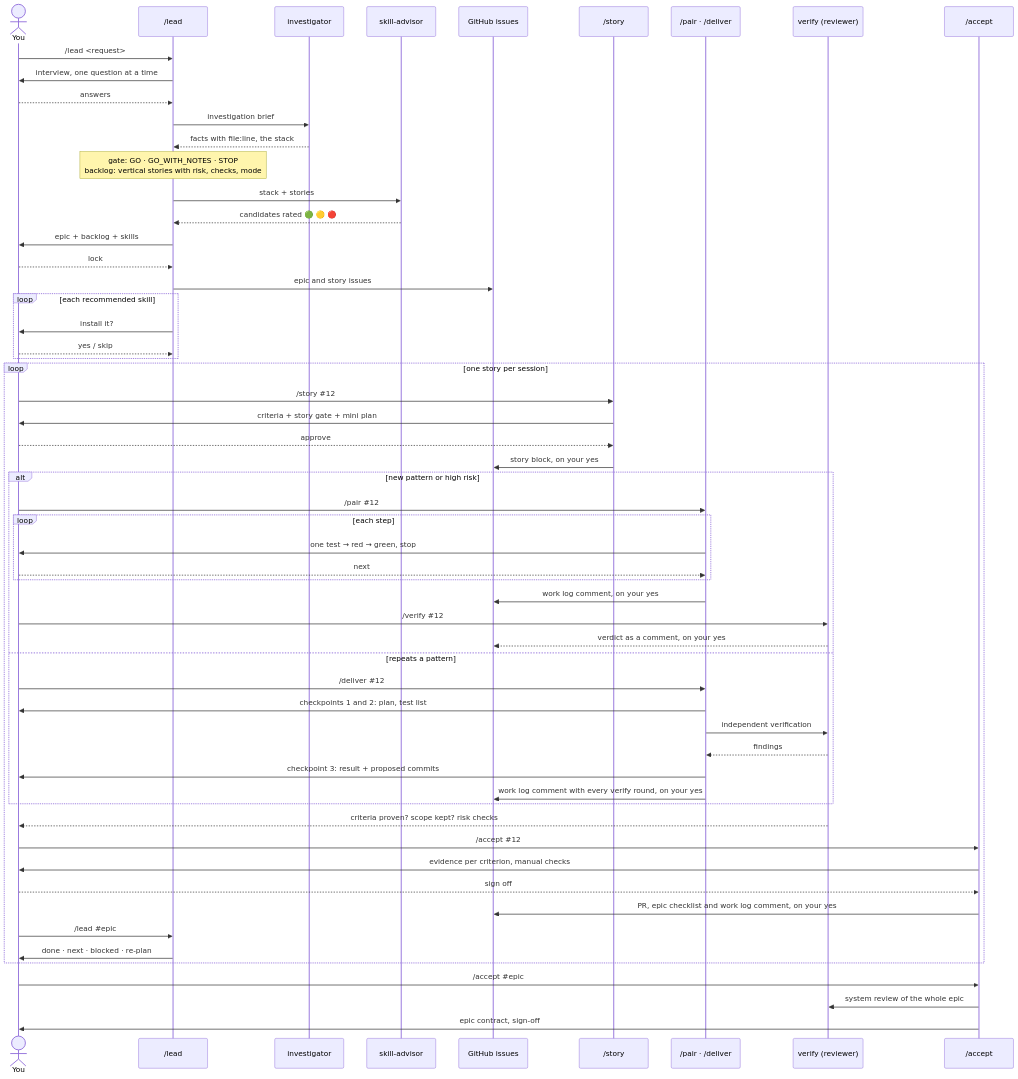
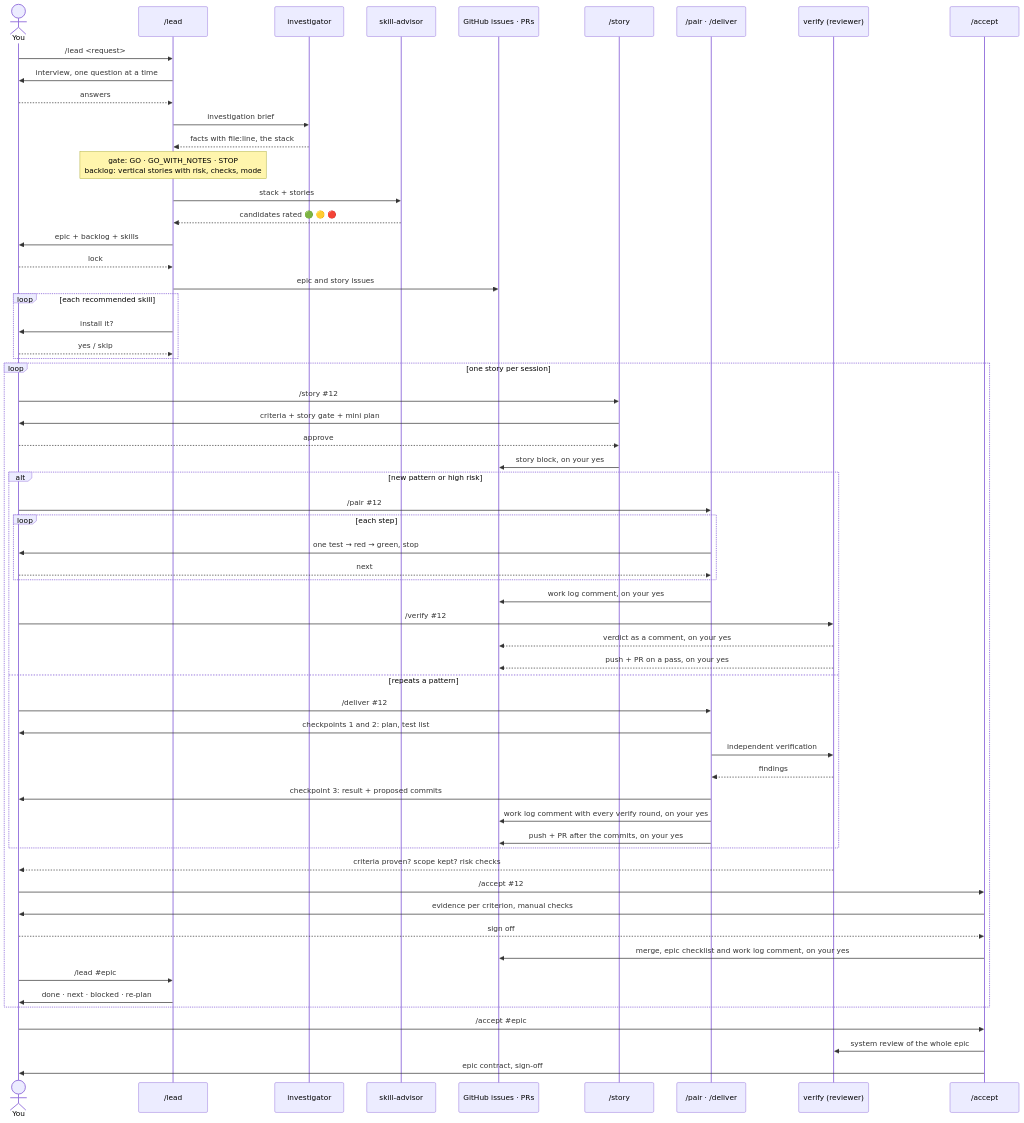
One commit to bitIO/wheelhouse changed the second of 2 diagrams in docs/flow.md. Above: the diagram before and after it, drawn with Mermaid. The commit also changed other lines of this file and 2 other files, not shown here.

````diff
--- a/docs/flow.md
+++ b/docs/flow.md
@@ -49,63 +49,65 @@
 ```mermaid
 sequenceDiagram
     actor You
     participant Lead as /lead
     participant Inv as investigator
     participant Adv as skill-advisor
-    participant GH as GitHub issues
+    participant GH as GitHub issues · PRs
     participant Story as /story
     participant Build as /pair · /deliver
     participant Rev as verify (reviewer)
     participant Acc as /accept
 
     You->>Lead: /lead <request>
     Lead->>You: interview, one question at a time
     You-->>Lead: answers
     Lead->>Inv: investigation brief
     Inv-->>Lead: facts with file:line, the stack
     Note over Lead: gate: GO · GO_WITH_NOTES · STOP<br/>backlog: vertical stories with risk, checks, mode
     Lead->>Adv: stack + stories
     Adv-->>Lead: candidates rated 🟢 🟡 🔴
     Lead->>You: epic + backlog + skills
     You-->>Lead: lock
     Lead->>GH: epic and story issues
     loop each recommended skill
         Lead->>You: install it?
         You-->>Lead: yes / skip
     end
 
     loop one story per session
         You->>Story: /story #35;12
         Story->>You: criteria + story gate + mini plan
         You-->>Story: approve
         Story->>GH: story block, on your yes
         alt new pattern or high risk
             You->>Build: /pair #35;12
             loop each step
                 Build->>You: one test → red → green, stop
                 You-->>Build: next
             end
             Build->>GH: work log comment, on your yes
             You->>Rev: /verify #35;12
             Rev-->>GH: verdict as a comment, on your yes
+            Rev-->>GH: push + PR on a pass, on your yes
         else repeats a pattern
             You->>Build: /deliver #35;12
             Build->>You: checkpoints 1 and 2: plan, test list
             Build->>Rev: independent verification
             Rev-->>Build: findings
             Build->>You: checkpoint 3: result + proposed commits
             Build->>GH: work log comment with every verify round, on your yes
+            Build->>GH: push + PR after the commits, on your yes
         end
         Rev-->>You: criteria proven? scope kept? risk checks
         You->>Acc: /accept #35;12
         Acc->>You: evidence per criterion, manual checks
         You-->>Acc: sign off
-        Acc->>GH: PR, epic checklist and work log comment, on your yes
+        Acc->>GH: merge, epic checklist and work log comment, on your yes
         You->>Lead: /lead #35;epic
         Lead->>You: done · next · blocked · re-plan
     end
 
     You->>Acc: /accept #35;epic
     Acc->>Rev: system review of the whole epic
     Acc->>You: epic contract, sign-off
 ```
````
